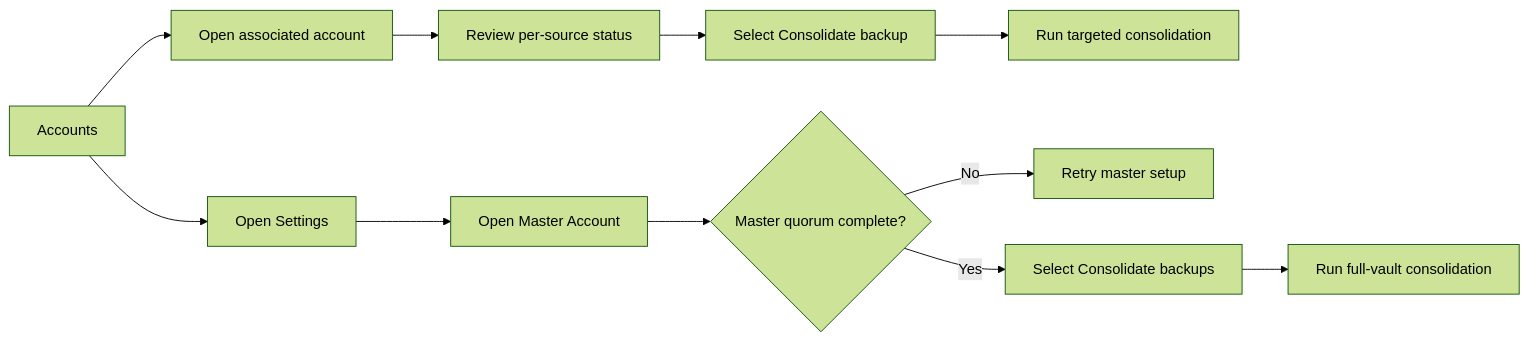
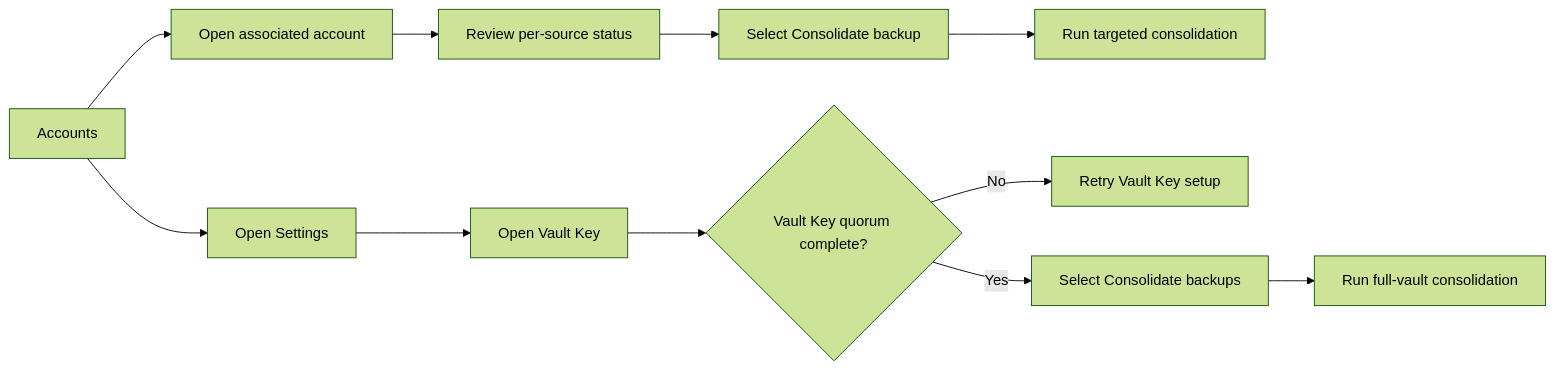
One commit to ZenTenApp/vault-kotlin changed the sixth of 6 diagrams in docs/stakeholder/flowcharts.md. Above: the diagram before and after it, drawn with Mermaid (forest theme). The commit also changed other lines of this file and 74 other files, not shown here.

Commit message:
refactor(vault-key): replace master terminology

````diff
--- a/docs/stakeholder/flowcharts.md
+++ b/docs/stakeholder/flowcharts.md
@@ -187,13 +187,13 @@
 ```mermaid
 flowchart LR
     Accounts["Accounts"] --> Account["Open associated account"]
     Account --> Status["Review per-source status"]
     Status --> One["Select Consolidate backup"]
     One --> Targeted["Run targeted consolidation"]
     Accounts --> Settings["Open Settings"]
-    Settings --> Master["Open Master Account"]
-    Master --> MasterState{"Master quorum complete?"}
-    MasterState -->|No| Retry["Retry master setup"]
-    MasterState -->|Yes| All["Select Consolidate backups"]
+    Settings --> VaultKey["Open Vault Key"]
+    VaultKey --> VaultKeyState{"Vault Key quorum complete?"}
+    VaultKeyState -->|No| Retry["Retry Vault Key setup"]
+    VaultKeyState -->|Yes| All["Select Consolidate backups"]
     All --> Full["Run full-vault consolidation"]
 ```
````
